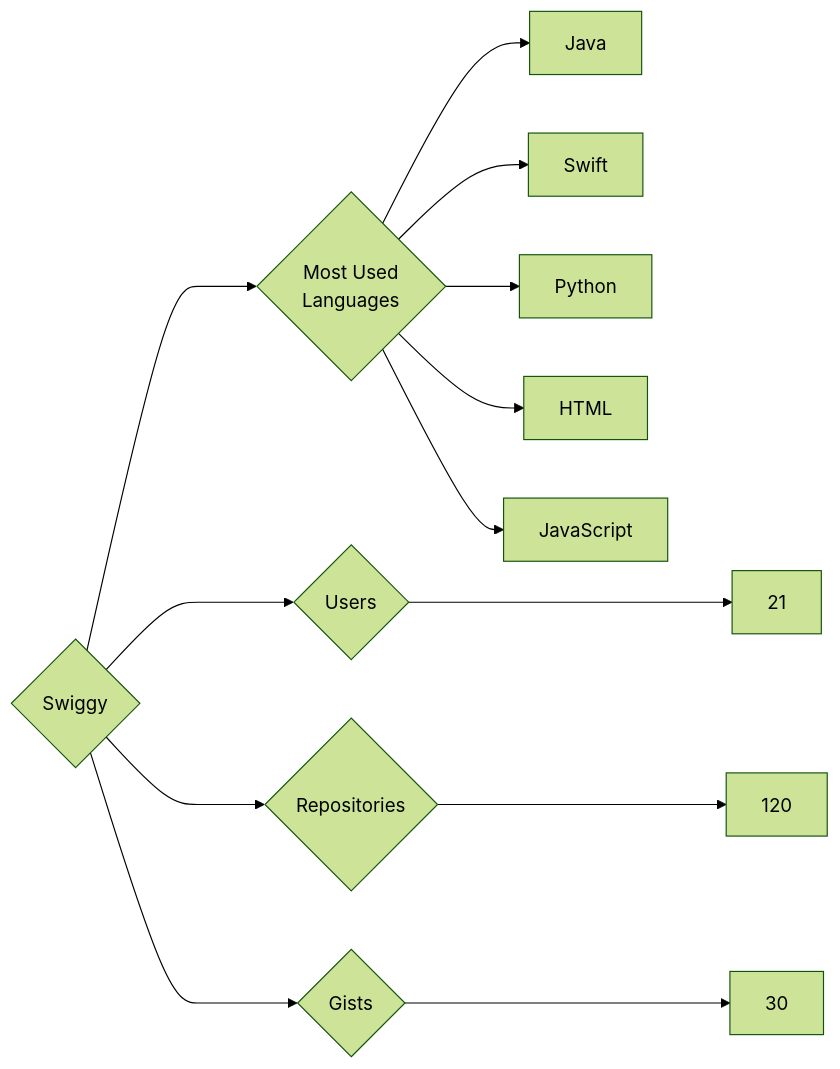
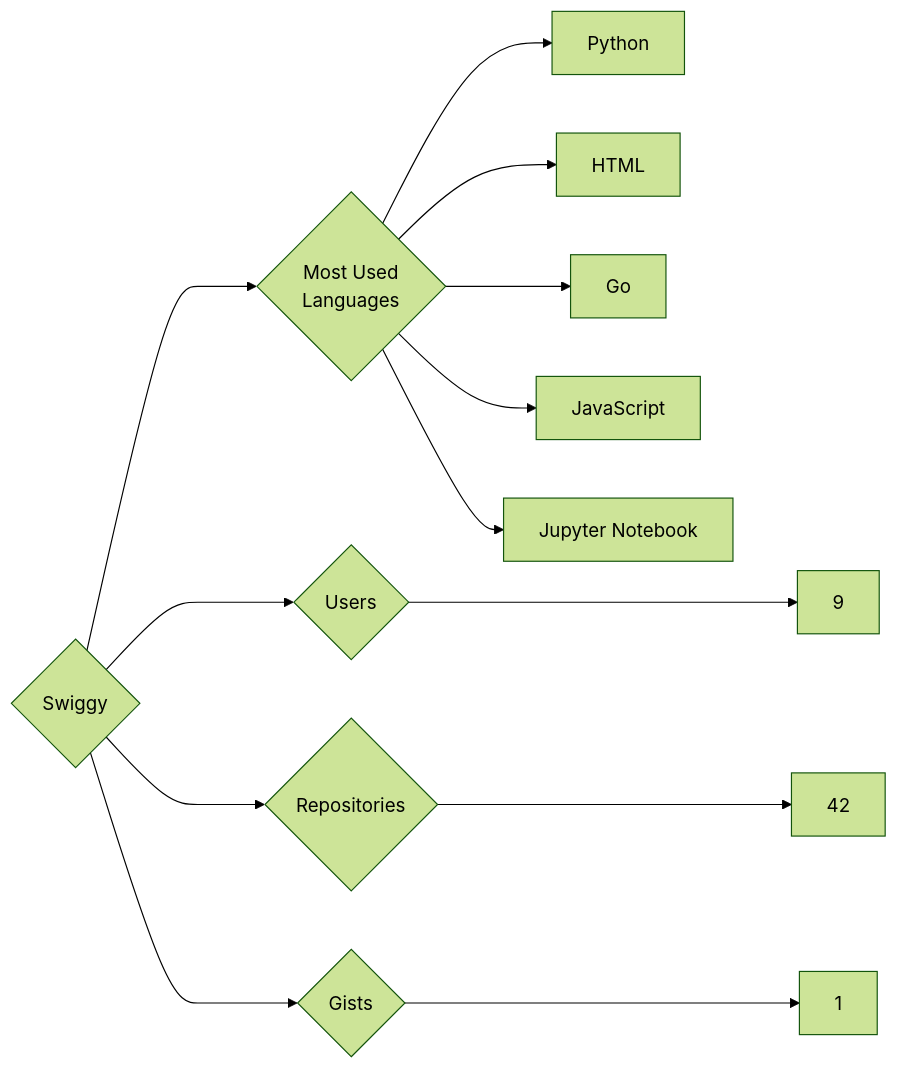
One commit to trickest/insiders changed the diagram in targets/Swiggy/README.md. Above: the diagram before and after it, drawn with Mermaid (forest theme). The commit also changed 898 other files, not shown here.

````diff
--- a/targets/Swiggy/README.md
+++ b/targets/Swiggy/README.md
@@ -3,13 +3,13 @@
 ```mermaid
 graph LR
 COMPANY_NAME{Swiggy}
-COMPANY_NAME ---> U{Users} ---> UN[21]
-COMPANY_NAME ---> R{Repositories} ---> RN[120]
-COMPANY_NAME ---> G{Gists} ---> GN[30]
+COMPANY_NAME ---> U{Users} ---> UN[9]
+COMPANY_NAME ---> R{Repositories} ---> RN[42]
+COMPANY_NAME ---> G{Gists} ---> GN[1]
 COMPANY_NAME ---> ML{Most Used<br>Languages}
-ML --> Java[Java]
-ML --> Swift[Swift]
 ML --> Python[Python]
 ML --> HTML[HTML]
+ML --> Go[Go]
 ML --> JavaScript[JavaScript]
+ML --> Jupyter_Notebook[Jupyter Notebook]
 ```
````
